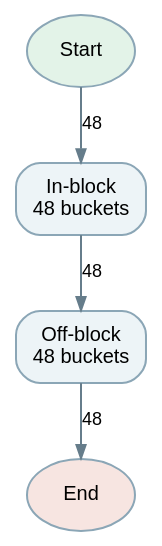
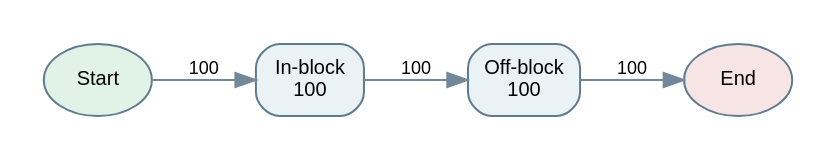
One commit to jiwonpark7913/NL2EVENTLOG changed the diagram in datasets/synthetic/airlineflow/gold/Q66/dfg.dot. Above: the diagram before and after it, drawn with Graphviz. The commit also changed 401 other files, not shown here.

```diff
--- a/datasets/synthetic/airlineflow/gold/Q66/dfg.dot
+++ b/datasets/synthetic/airlineflow/gold/Q66/dfg.dot
@@ -1,12 +1,9 @@
-digraph D {
-graph [rankdir=TB, bgcolor="transparent", pad=0.25, nodesep=0.35, ranksep=0.38];
-node [shape=box,style="rounded,filled",color="#8ba6b6",fillcolor="#edf4f7",fontname="Arial",fontsize=10];
-edge [color="#667d8b",fontname="Arial",fontsize=9,arrowsize=.65];
-start [shape=ellipse,label="Start",fillcolor="#e3f3e8"];
-end [shape=ellipse,label="End",fillcolor="#f7e5e1"];
-n0 [label="In-block\n48 buckets"];
-n1 [label="Off-block\n48 buckets"];
-start -> n0 [label="48"];
-n0 -> n1 [label="48"];
-n1 -> end [label="48"];
+digraph G {
+rankdir=LR; graph [bgcolor="white",pad=0.2,nodesep=0.3,ranksep=0.5]; node [shape=box,style="rounded,filled",fillcolor="#eaf2f6",color="#607b8b",fontname="Arial",fontsize=10]; edge [color="#728899",fontname="Arial",fontsize=9];
+start [label="Start",shape=oval,fillcolor="#e1f2e7"]; end [label="End",shape=oval,fillcolor="#f7e4e4"];
+n0 [label="In-block\n100"];
+n1 [label="Off-block\n100"];
+n0 -> n1 [label="100"];
+n1 -> end [label="100"];
+start -> n0 [label="100"];
 }
```
